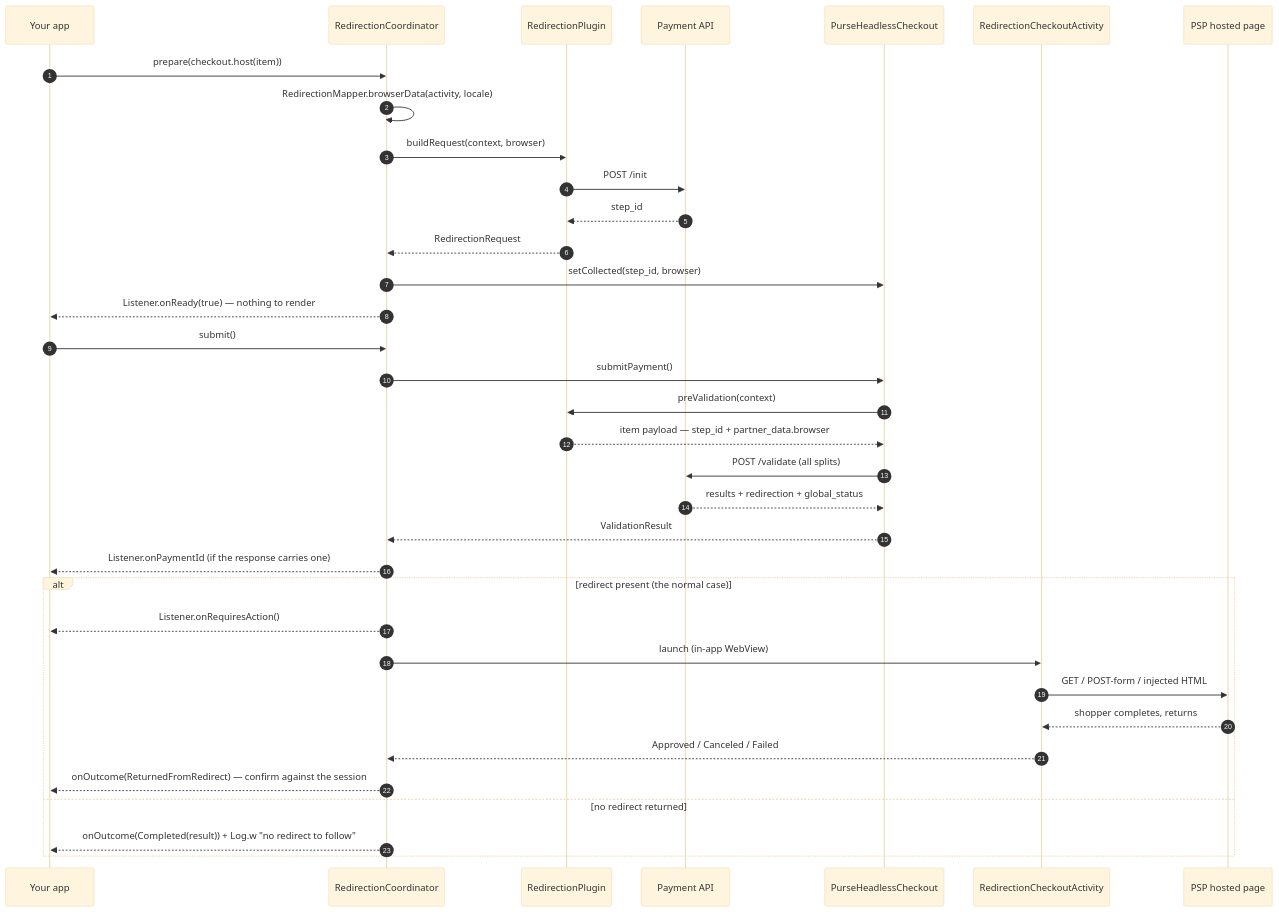
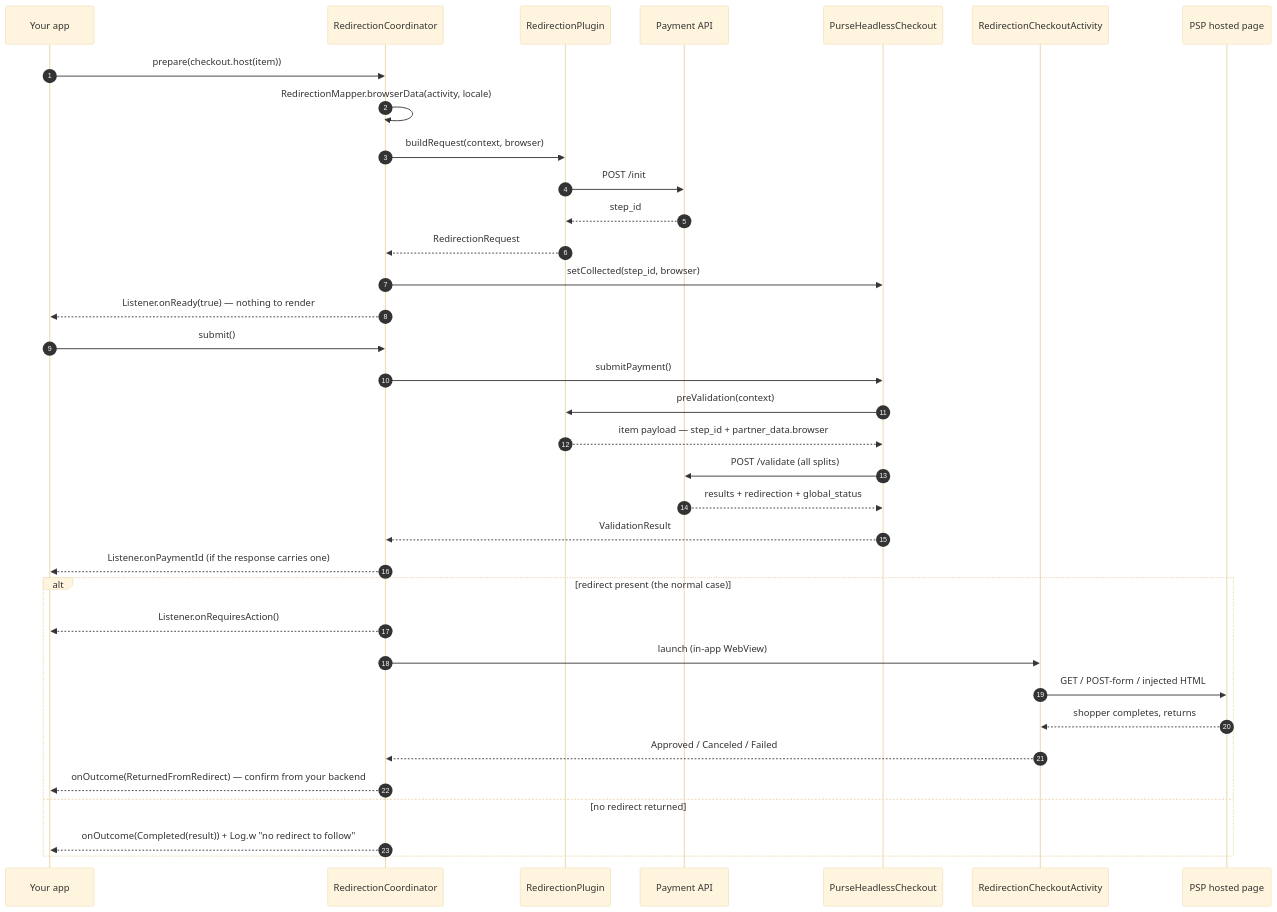
One commit to UpStreamPay/purse-headless-checkout-android changed the diagram in docs/plugins/redirection.md. Above: the diagram before and after it, drawn with Mermaid (base theme). The commit also changed other lines of this file and 26 other files, not shown here.

````diff
--- a/docs/plugins/redirection.md
+++ b/docs/plugins/redirection.md
@@ -99,40 +99,40 @@
 ```mermaid
 sequenceDiagram
     autonumber
     participant App as Your app
     participant Co as RedirectionCoordinator
     participant Pl as RedirectionPlugin
     participant Api as Payment API
     participant Ck as PurseHeadlessCheckout
     participant Rd as RedirectionCheckoutActivity
     participant PSP as PSP hosted page
 
     App->>Co: prepare(checkout.host(item))
     Co->>Co: RedirectionMapper.browserData(activity, locale)
     Co->>Pl: buildRequest(context, browser)
     Pl->>Api: POST /init
     Api-->>Pl: step_id
     Pl-->>Co: RedirectionRequest
     Co->>Ck: setCollected(step_id, browser)
     Co-->>App: Listener.onReady(true) — nothing to render
 
     App->>Co: submit()
     Co->>Ck: submitPayment()
     Ck->>Pl: preValidation(context)
     Pl-->>Ck: item payload — step_id + partner_data.browser
     Ck->>Api: POST /validate (all splits)
     Api-->>Ck: results + redirection + global_status
     Ck-->>Co: ValidationResult
     Co-->>App: Listener.onPaymentId (if the response carries one)
 
     alt redirect present (the normal case)
         Co-->>App: Listener.onRequiresAction()
         Co->>Rd: launch (in-app WebView)
         Rd->>PSP: GET / POST-form / injected HTML
         PSP-->>Rd: shopper completes, returns
         Rd-->>Co: Approved / Canceled / Failed
-        Co-->>App: onOutcome(ReturnedFromRedirect) — confirm against the session
+        Co-->>App: onOutcome(ReturnedFromRedirect) — confirm from your backend
     else no redirect returned
         Co-->>App: onOutcome(Completed(result)) + Log.w "no redirect to follow"
     end
 ```
````
